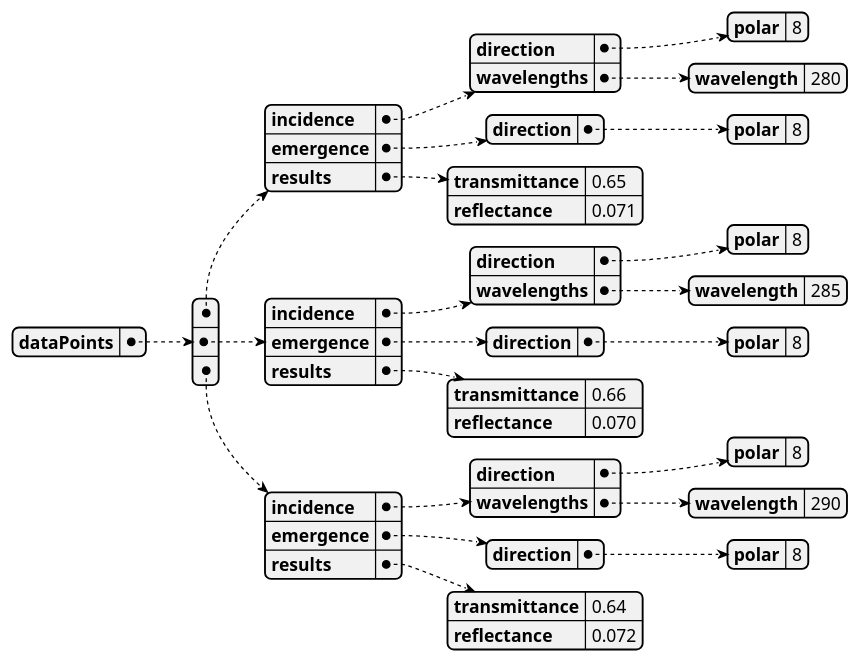
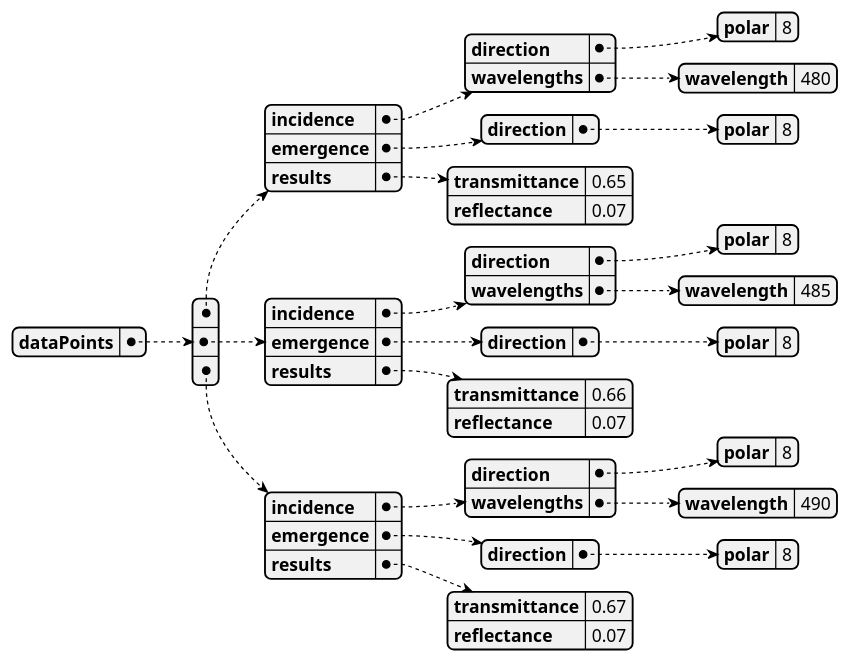
The diagram in docs/diagrams/src/spectrallyResolvedDataPoints.plantuml (building-envelope-data/api), drawn with PlantUML before and after one commit. The commit also changed 2 other files, not shown here.

Commit message:
Make the diagram spectrallyResolveDataPoints more realisitic

```diff
--- a/docs/diagrams/src/spectrallyResolvedDataPoints.plantuml
+++ b/docs/diagrams/src/spectrallyResolvedDataPoints.plantuml
@@ -1,71 +1,74 @@
 @startjson spectrallyResolvedDataPoints
 {
   "dataPoints": [
   {
     "incidence": {
       "direction": {
         "polar": 8
       }
       ,
       "wavelengths": {
-        "wavelength": 280 }
-      }
-      ,
-      "emergence": {
-        "direction": {
-          "polar": 8
-        }
-      }
-      ,
-      "results": {
-        "transmittance": 0.65,
-        "reflectance": 0.071
+        "wavelength": 480
       }
     }
     ,
-    {
-      "incidence": {
-        "direction": {
-          "polar": 8
-        }
-        ,
-        "wavelengths": {
-          "wavelength": 285 }
-        }
-        ,
-        "emergence": {
-          "direction": {
-            "polar": 8
-          }
-        }
-        ,
-        "results": {
-          "transmittance": 0.66,
-          "reflectance": 0.070
-        }
+    "emergence": {
+      "direction": {
+        "polar": 8
+      }
+    }
+    ,
+    "results": {
+      "transmittance": 0.65,
+      "reflectance": 0.07
+    }
+  }
+  ,
+  {
+    "incidence": {
+      "direction": {
+        "polar": 8
       }
       ,
-      {
-        "incidence": {
-          "direction": {
-            "polar": 8
-          }
-          ,
-          "wavelengths": {
-            "wavelength": 290 }
-          }
-          ,
-          "emergence": {
-            "direction": {
-              "polar": 8
-            }
-          }
-          ,
-          "results": {
-            "transmittance": 0.64,
-            "reflectance": 0.072
-          }
-        }
-        ]
+      "wavelengths": {
+        "wavelength": 485
       }
-      @endjson
+    }
+    ,
+    "emergence": {
+      "direction": {
+        "polar": 8
+      }
+    }
+    ,
+    "results": {
+      "transmittance": 0.66,
+      "reflectance": 0.07
+    }
+  }
+  ,
+  {
+    "incidence": {
+      "direction": {
+        "polar": 8
+      }
+      ,
+      "wavelengths": {
+        "wavelength": 490
+      }
+    }
+    ,
+    "emergence": {
+      "direction": {
+        "polar": 8
+      }
+    }
+    ,
+    "results": {
+      "transmittance": 0.67,
+      "reflectance": 0.07
+    }
+  }
+  ]
+}
+@endjson
```
